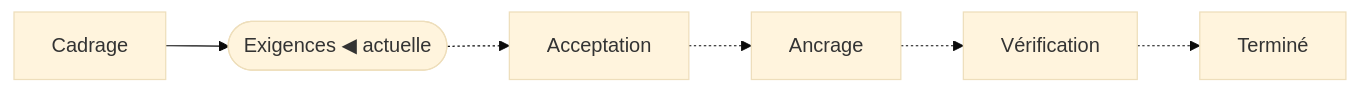
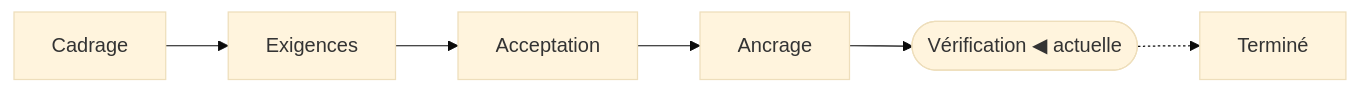
The diagram in spec/FEAT-001-maket-http-connector/rendered/index.md (ng-galien/spec-loop), drawn with Mermaid (base theme) before and after one commit. The commit also changed other lines of this file and 8 other files, not shown here.

````diff
--- a/spec/FEAT-001-maket-http-connector/rendered/index.md
+++ b/spec/FEAT-001-maket-http-connector/rendered/index.md
@@ -15,14 +18,14 @@
 ```mermaid
 flowchart LR
   framing["Cadrage"]
-  requirements(["Exigences ◀ actuelle"])
+  requirements["Exigences"]
   acceptance["Acceptation"]
   anchoring["Ancrage"]
-  verification["Vérification"]
+  verification(["Vérification ◀ actuelle"])
   done["Terminé"]
   framing --> requirements
-  requirements -.-> acceptance
-  acceptance -.-> anchoring
-  anchoring -.-> verification
+  requirements --> acceptance
+  acceptance --> anchoring
+  anchoring --> verification
   verification -.-> done
 ```
````
